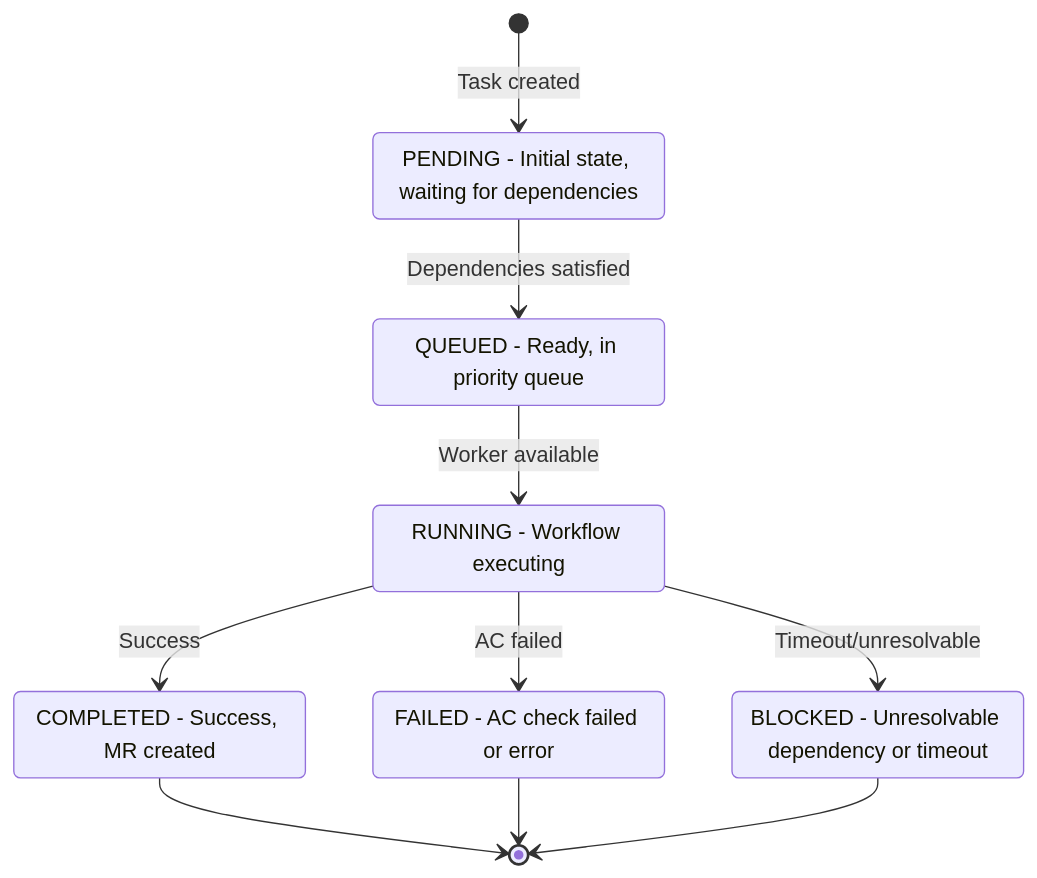
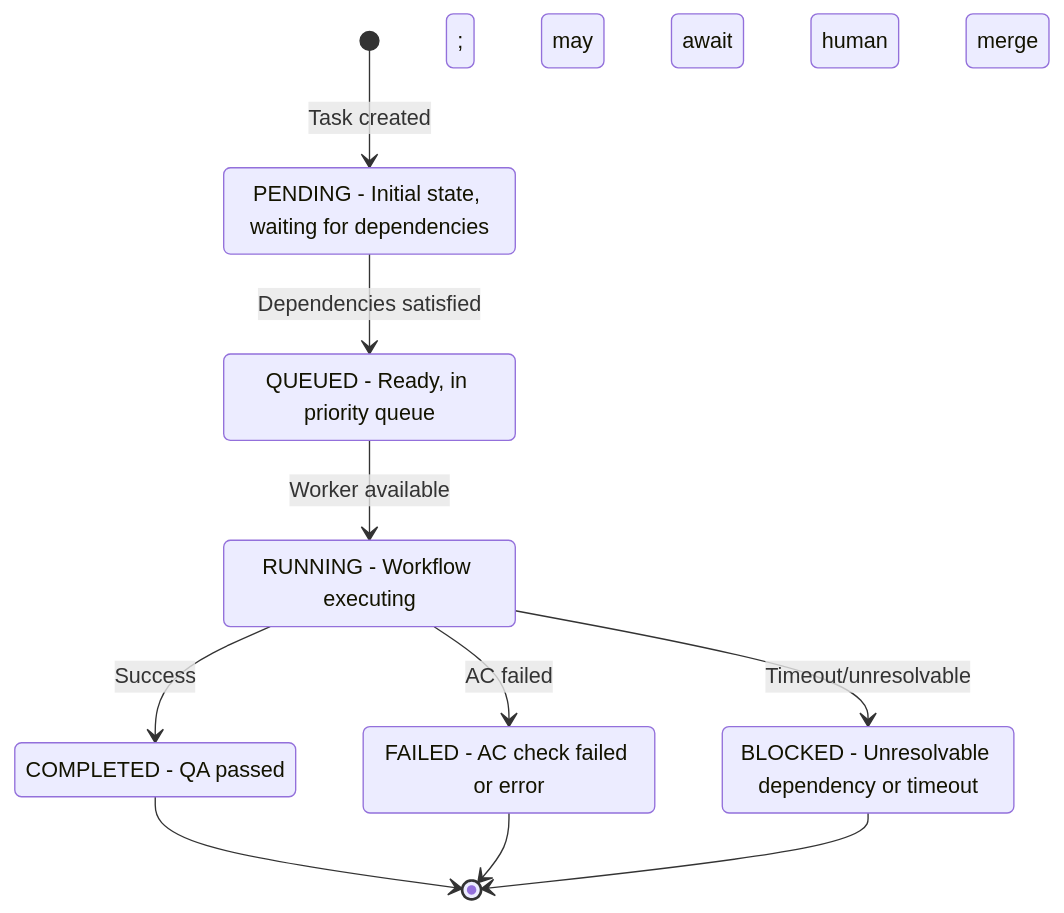
One commit to easyhaloo/afk changed the fourth of 9 diagrams in docs/WORKFLOWS.md. Above: the diagram before and after it, drawn with Mermaid. The commit also changed other lines of this file and 32 other files, not shown here.

````diff
--- a/docs/WORKFLOWS.md
+++ b/docs/WORKFLOWS.md
@@ -170,20 +178,20 @@
 ```mermaid
 stateDiagram-v2
     [*] --> PENDING: Task created
     PENDING: PENDING - Initial state, waiting for dependencies
     QUEUED: QUEUED - Ready, in priority queue
     RUNNING: RUNNING - Workflow executing
-    COMPLETED: COMPLETED - Success, MR created
+    COMPLETED: COMPLETED - QA passed; root may await human merge
     FAILED: FAILED - AC check failed or error
     BLOCKED: BLOCKED - Unresolvable dependency or timeout
 
     PENDING --> QUEUED: Dependencies satisfied
     QUEUED --> RUNNING: Worker available
     RUNNING --> COMPLETED: Success
     RUNNING --> FAILED: AC failed
     RUNNING --> BLOCKED: Timeout/unresolvable
 
     COMPLETED --> [*]
     FAILED --> [*]
     BLOCKED --> [*]
 ```
````
